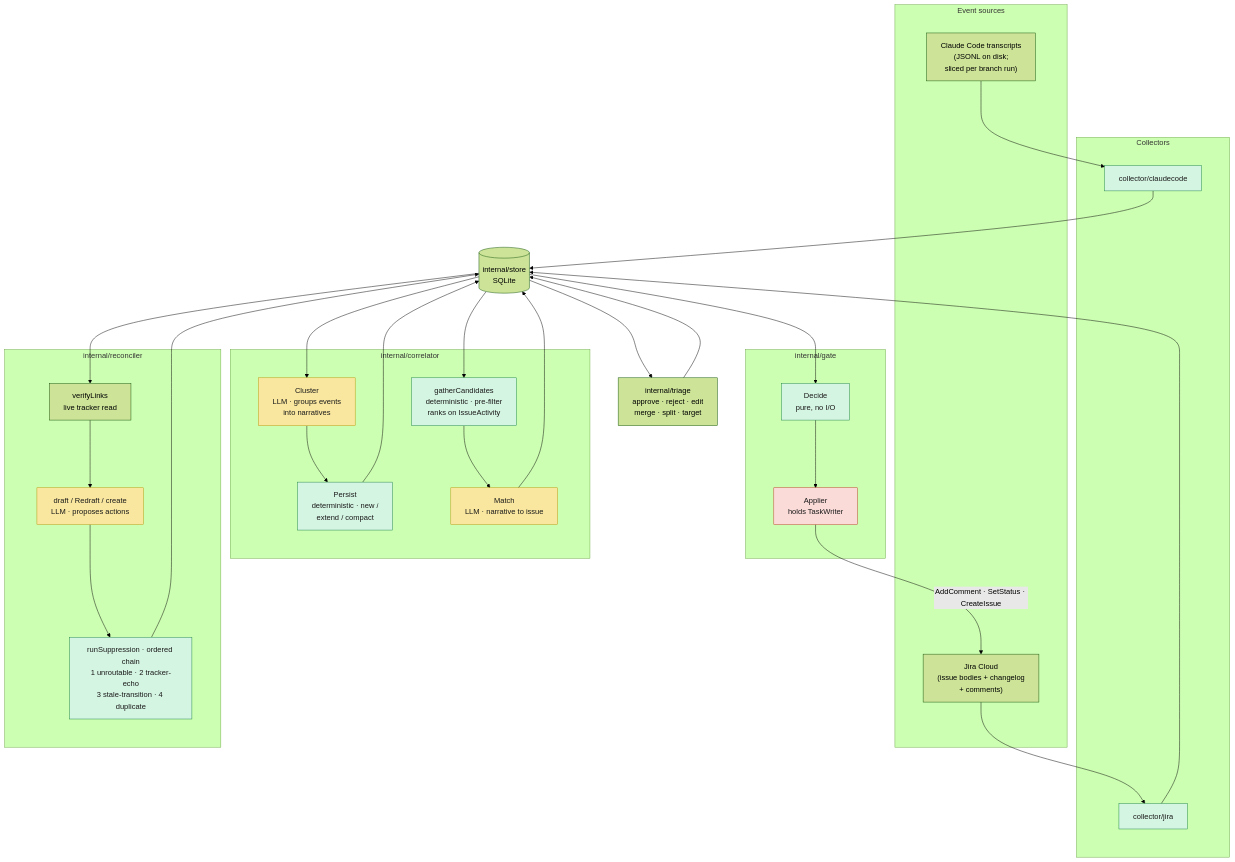
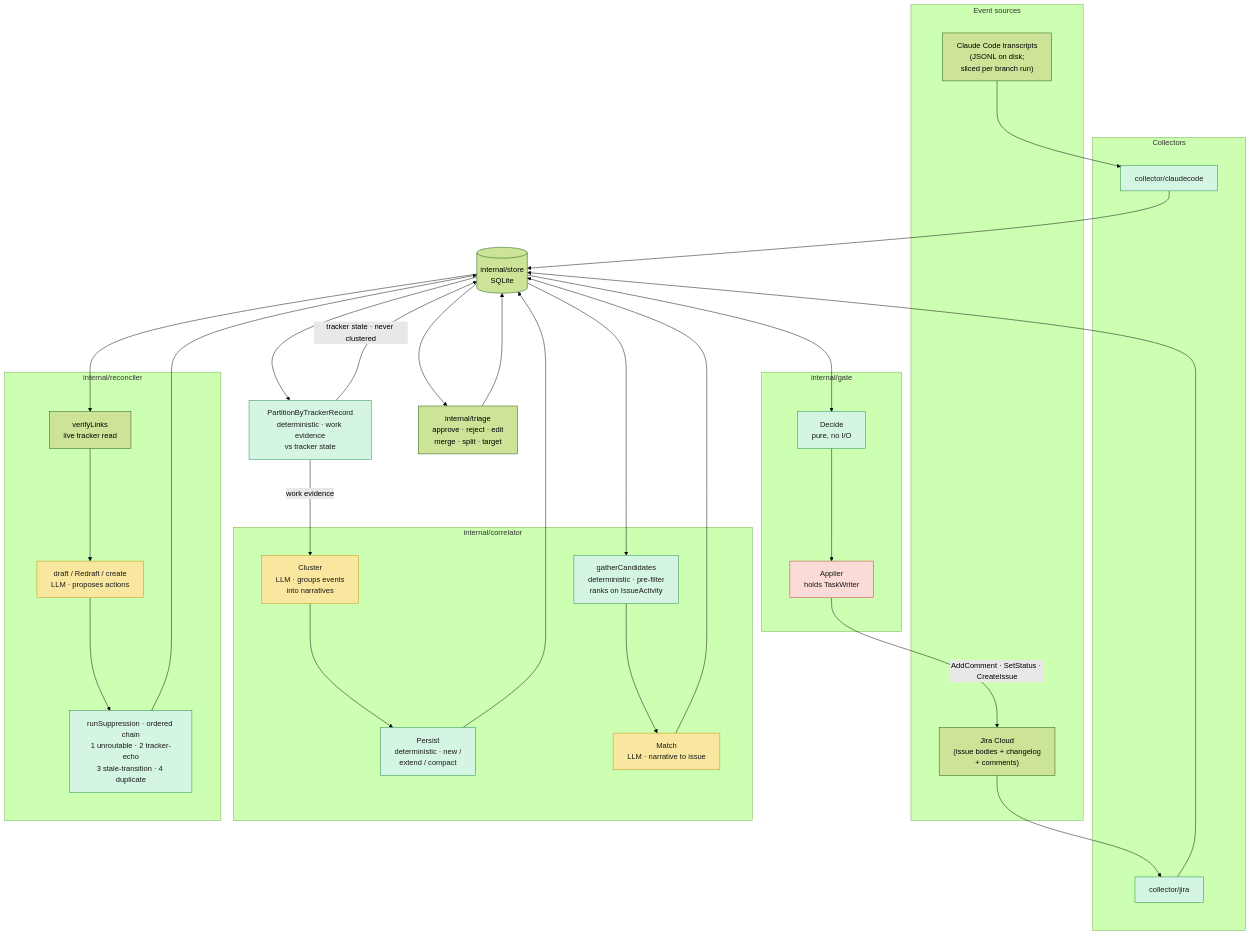
Before and after one commit to jcogilvie/unjira: the first of 4 diagrams in docs/architecture.md, drawn with Mermaid (forest theme). The commit also changed 2 other files, not shown here.

````diff
--- a/docs/architecture.md
+++ b/docs/architecture.md
@@ -42,54 +42,57 @@
 ```mermaid
 ---
 config:
   nodeSpacing: 100
   rankSpacing: 120
 ---
 flowchart TB
     subgraph sources["Event sources"]
         CC["Claude Code transcripts<br/>(JSONL on disk;<br/>sliced per branch run)"]
         JIRA["Jira Cloud<br/>(issue bodies + changelog<br/>+ comments)"]
     end
 
     subgraph collectors["Collectors"]
         CCC["collector/claudecode"]
         JC["collector/jira"]
     end
 
     STORE[("internal/store<br/>SQLite")]
+
+    SPLIT["PartitionByTrackerRecord<br/>deterministic · work evidence<br/>vs tracker state"]
 
     subgraph correlate["internal/correlator"]
         CLUSTER["Cluster<br/>LLM · groups events<br/>into narratives"]
         PERSIST["Persist<br/>deterministic · new /<br/>extend / compact"]
         CAND["gatherCandidates<br/>deterministic · pre-filter<br/>ranks on IssueActivity"]
         MATCH["Match<br/>LLM · narrative to issue"]
     end
 
     subgraph reconcile["internal/reconciler"]
         VERIFY["verifyLinks<br/>live tracker read"]
         DRAFT["draft / Redraft / create<br/>LLM · proposes actions"]
         FILTERS["runSuppression · ordered chain<br/>1 unroutable · 2 tracker-echo<br/>3 stale-transition · 4 duplicate"]
     end
 
     TRIAGE["internal/triage<br/>approve · reject · edit<br/>merge · split · target"]
 
     subgraph write["internal/gate"]
         DECIDE["Decide<br/>pure, no I/O"]
         APPLY["Applier<br/>holds TaskWriter"]
     end
 
     CC --> CCC --> STORE
     JIRA --> JC --> STORE
-    STORE --> CLUSTER --> PERSIST --> STORE
+    STORE --> SPLIT -->|"work evidence"| CLUSTER --> PERSIST --> STORE
+    SPLIT -->|"tracker state · never clustered"| STORE
     STORE --> CAND --> MATCH --> STORE
     STORE --> VERIFY --> DRAFT --> FILTERS --> STORE
     STORE --> TRIAGE --> STORE
     STORE --> DECIDE --> APPLY -->|"AddComment · SetStatus · CreateIssue"| JIRA
 
     classDef llm fill:#f9e79f,stroke:#b7950b,color:#1a1a1a
     classDef det fill:#d5f5e3,stroke:#1e8449,color:#1a1a1a
     classDef danger fill:#fadbd8,stroke:#c0392b,color:#1a1a1a
     class CLUSTER,MATCH,DRAFT llm
-    class CCC,JC,PERSIST,CAND,FILTERS,DECIDE det
+    class CCC,JC,PERSIST,CAND,FILTERS,DECIDE,SPLIT det
     class APPLY danger
 ```
````
